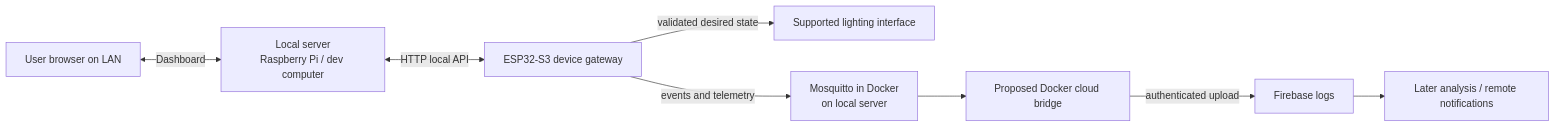
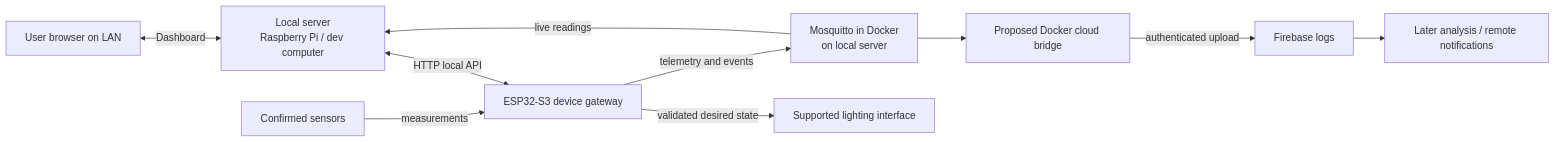
One commit to UNDERSTANDON/Fault_tolerant_iot_proj changed the diagram in core_architecture_document.md. Above: the diagram before and after it, drawn with Mermaid. The commit also changed other lines of this file and 1 other file, not shown here.

````diff
--- a/core_architecture_document.md
+++ b/core_architecture_document.md
@@ -60,10 +63,12 @@
 ```mermaid
 flowchart LR
     User["User browser on LAN"] <-->|"Dashboard"| Server["Local server<br/>Raspberry Pi / dev computer"]
     Server <-->|"HTTP local API"| ESP["ESP32-S3 device gateway"]
     ESP -->|"validated desired state"| Device["Supported lighting interface"]
-    ESP -->|"events and telemetry"| Broker["Mosquitto in Docker<br/>on local server"]
+    Sensors["Confirmed sensors"] -->|"measurements"| ESP
+    ESP -->|"telemetry and events"| Broker["Mosquitto in Docker<br/>on local server"]
+    Broker -->|"live readings"| Server
     Broker --> Bridge["Proposed Docker cloud bridge"]
     Bridge -->|"authenticated upload"| Firebase["Firebase logs"]
     Firebase --> Analysis["Later analysis / remote notifications"]
 ```
````
